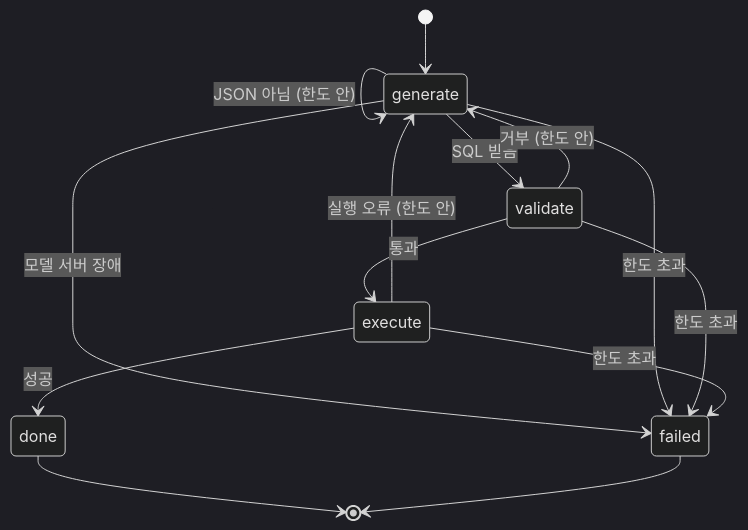
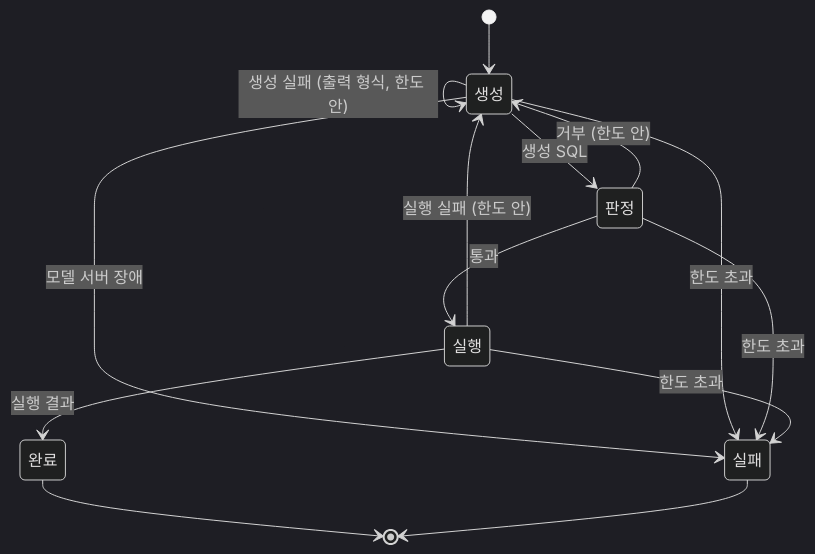
The diagram in docs/design/query.md (Baboomba/sales-agent), drawn with Mermaid (dark theme) before and after one commit. The commit also changed other lines of this file and 97 other files, not shown here.

````diff
--- a/docs/design/query.md
+++ b/docs/design/query.md
@@ -25,16 +34,16 @@
 ```mermaid
 stateDiagram-v2
-  [*] --> generate
-  generate --> validate : SQL 받음
-  generate --> generate : JSON 아님 (한도 안)
-  generate --> failed : 모델 서버 장애
-  validate --> execute : 통과
-  validate --> generate : 거부 (한도 안)
-  execute --> done : 성공
-  execute --> generate : 실행 오류 (한도 안)
-  generate --> failed : 한도 초과
-  validate --> failed : 한도 초과
-  execute --> failed : 한도 초과
-  done --> [*]
-  failed --> [*]
+  [*] --> 생성
+  생성 --> 판정 : 생성 SQL
+  생성 --> 생성 : 생성 실패 (출력 형식, 한도 안)
+  생성 --> 실패 : 모델 서버 장애
+  판정 --> 실행 : 통과
+  판정 --> 생성 : 거부 (한도 안)
+  실행 --> 완료 : 실행 결과
+  실행 --> 생성 : 실행 실패 (한도 안)
+  생성 --> 실패 : 한도 초과
+  판정 --> 실패 : 한도 초과
+  실행 --> 실패 : 한도 초과
+  완료 --> [*]
+  실패 --> [*]
 ```
````
